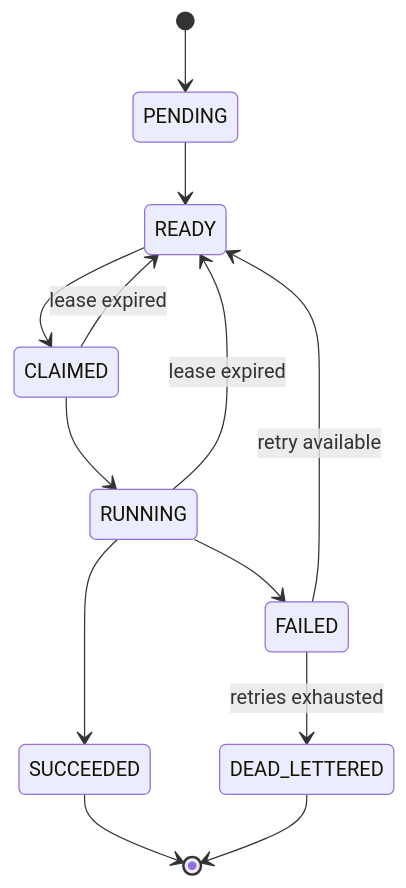
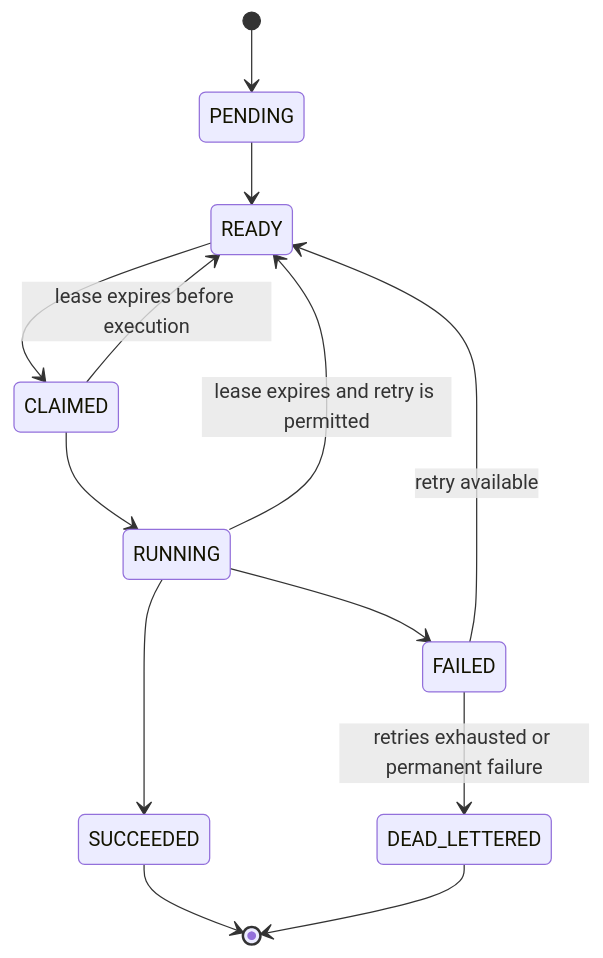
Before and after one commit to ashish-2141/flowforge-engine: the second of 2 diagrams in docs/04-state-machine-proposal.md, drawn with Mermaid. The commit also changed other lines of this file, not shown here.

````diff
--- a/docs/04-state-machine-proposal.md
+++ b/docs/04-state-machine-proposal.md
@@ -22,15 +55,15 @@
 ```mermaid
 stateDiagram-v2
     [*] --> PENDING
     PENDING --> READY
     READY --> CLAIMED
     CLAIMED --> RUNNING
+    CLAIMED --> READY: lease expires before execution
     RUNNING --> SUCCEEDED
     RUNNING --> FAILED
+    RUNNING --> READY: lease expires and retry is permitted
     FAILED --> READY: retry available
-    FAILED --> DEAD_LETTERED: retries exhausted
-    CLAIMED --> READY: lease expired
-    RUNNING --> READY: lease expired
+    FAILED --> DEAD_LETTERED: retries exhausted or permanent failure
     SUCCEEDED --> [*]
     DEAD_LETTERED --> [*]
 ```
````
